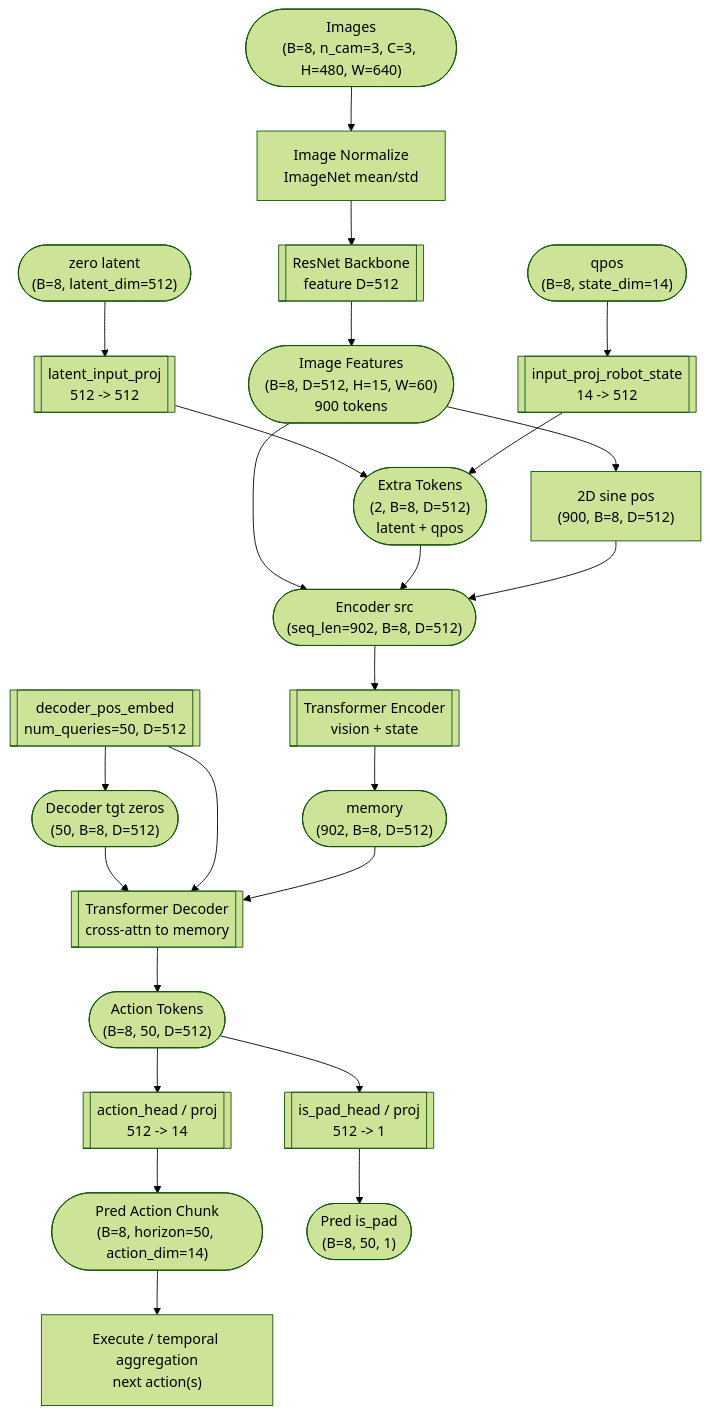
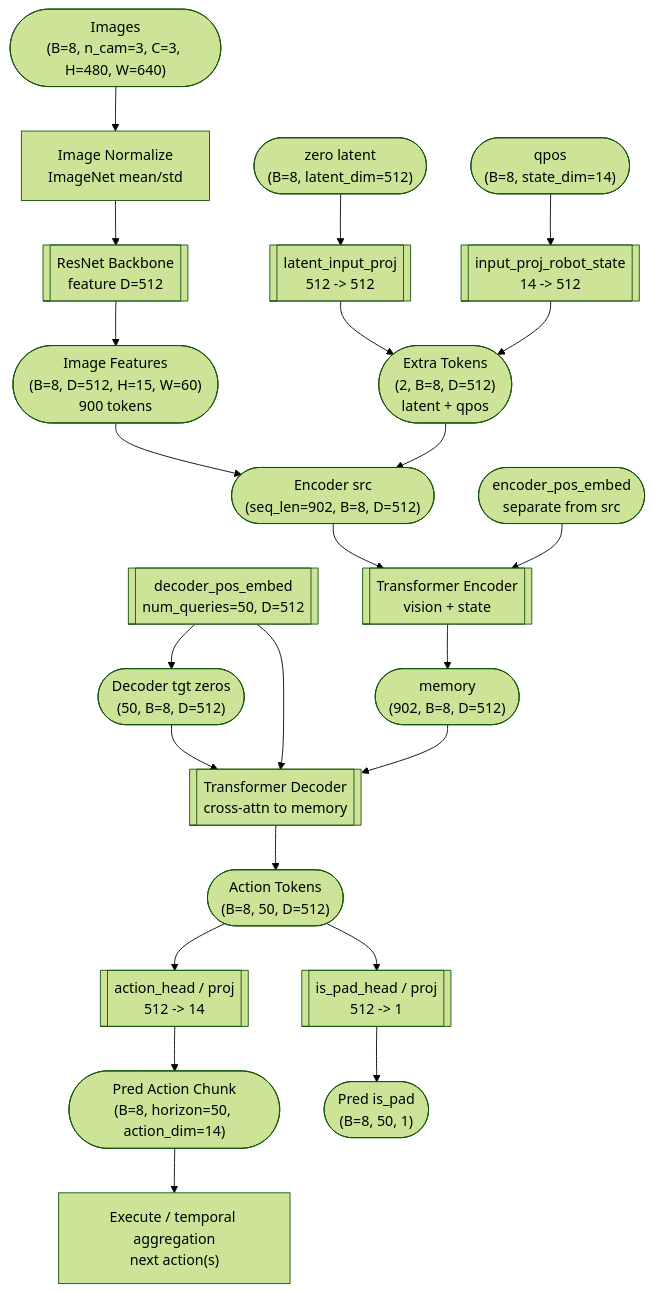
Before and after one commit to julyfun/how-to: the second of 3 diagrams in 25/01/act.md, drawn with Mermaid (forest theme). The commit also changed other lines of this file, not shown here.

Commit message:
M 25/01/act.md

````diff
--- a/25/01/act.md
+++ b/25/01/act.md
@@ -100,30 +100,30 @@
 ```mermaid
 flowchart TD
     qpos(["qpos<br/>(B=8, state_dim=14)"]) --> stateproj[["input_proj_robot_state<br/>14 -> 512"]]
     img(["Images<br/>(B=8, n_cam=3, C=3, H=480, W=640)"]) --> norm["Image Normalize<br/>ImageNet mean/std"]
     norm --> backbone[["ResNet Backbone<br/>feature D=512"]]
     backbone --> feat(["Image Features<br/>(B=8, D=512, H=15, W=60)<br/>900 tokens"])
-    feat --> pos["2D sine pos<br/>(900, B=8, D=512)"]
 
     zero(["zero latent<br/>(B=8, latent_dim=512)"]) --> zproj[["latent_input_proj<br/>512 -> 512"]]
     zproj --> addtok(["Extra Tokens<br/>(2, B=8, D=512)<br/>latent + qpos"])
     stateproj --> addtok
 
     feat --> src(["Encoder src<br/>(seq_len=902, B=8, D=512)"])
     addtok --> src
-    pos --> src
+    encpos(["encoder_pos_embed<br/>separate from src"])
     src --> enc[["Transformer Encoder<br/>vision + state"]]
+    encpos --> enc
     enc --> mem(["memory<br/>(902, B=8, D=512)"])
 
     query[["decoder_pos_embed<br/>num_queries=50, D=512"]] --> tgt(["Decoder tgt zeros<br/>(50, B=8, D=512)"])
     tgt --> dec[["Transformer Decoder<br/>cross-attn to memory"]]
     query --> dec
     mem --> dec
 
     dec --> hs(["Action Tokens<br/>(B=8, 50, D=512)"])
     hs --> ahead[["action_head / proj<br/>512 -> 14"]]
     hs --> phead[["is_pad_head / proj<br/>512 -> 1"]]
     ahead --> ahat(["Pred Action Chunk<br/>(B=8, horizon=50, action_dim=14)"])
     phead --> phat(["Pred is_pad<br/>(B=8, 50, 1)"])
     ahat --> exec["Execute / temporal aggregation<br/>next action(s)"]
 ```
````
